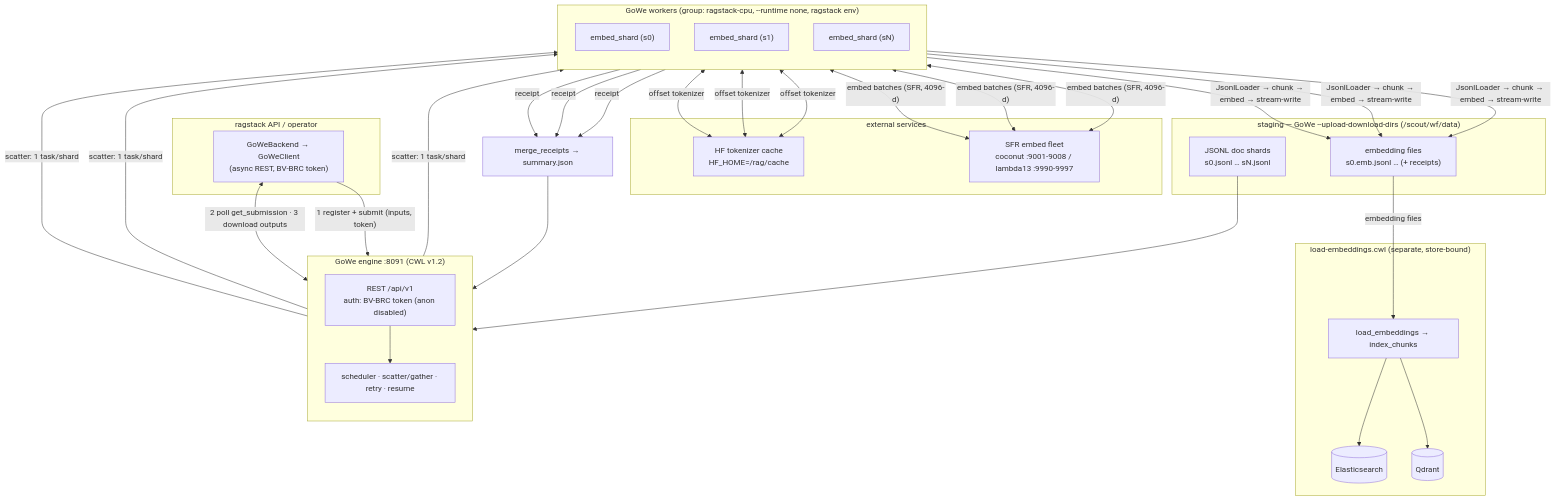
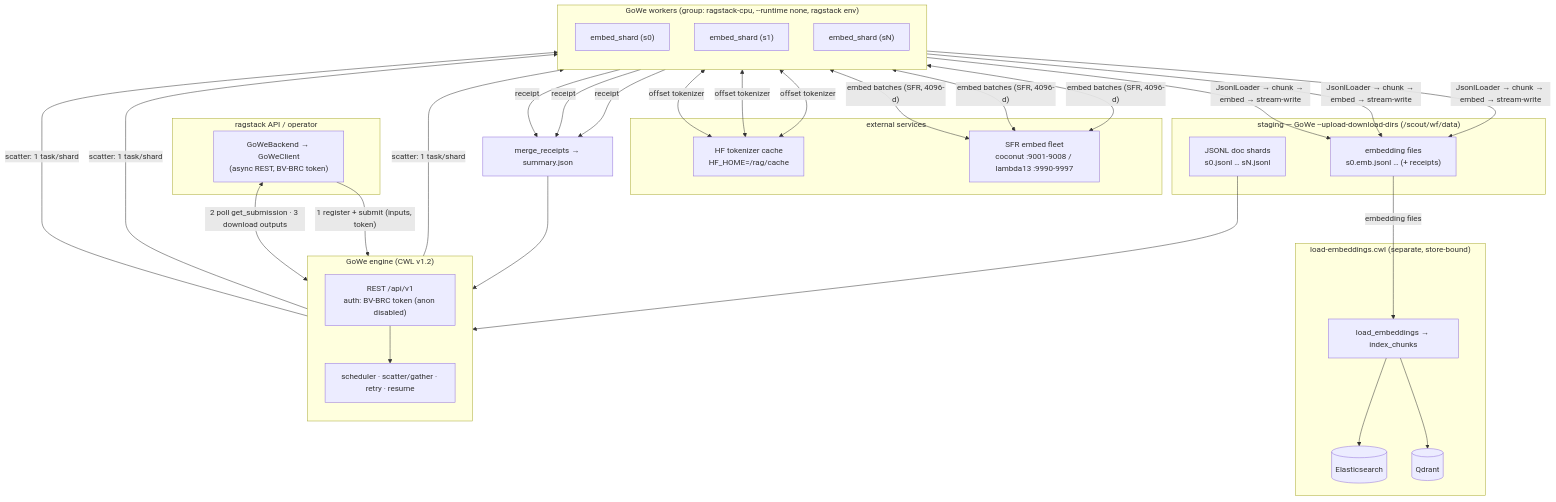
Before and after one commit to wilke/ragstack: the diagram in docs/diagrams/gowe-embedding-workflow.md, drawn with Mermaid. The commit also changed other lines of this file and 4 other files, not shown here.

````diff
--- a/docs/diagrams/gowe-embedding-workflow.md
+++ b/docs/diagrams/gowe-embedding-workflow.md
@@ -11,51 +11,51 @@
 ```mermaid
 flowchart TB
   subgraph client["ragstack API / operator"]
     GB["GoWeBackend → GoWeClient<br/>(async REST, BV-BRC token)"]
   end
 
-  subgraph engine["GoWe engine :8091 (CWL v1.2)"]
+  subgraph engine["GoWe engine (CWL v1.2)"]
     direction TB
     API["REST /api/v1<br/>auth: BV-BRC token (anon disabled)"]
     SCH["scheduler · scatter/gather · retry · resume"]
     API --> SCH
   end
 
   subgraph stage["staging — GoWe --upload-download-dirs (/scout/wf/data)"]
     SH["JSONL doc shards<br/>s0.jsonl … sN.jsonl"]
     EF["embedding files<br/>s0.emb.jsonl … (+ receipts)"]
   end
 
   subgraph workers["GoWe workers (group: ragstack-cpu, --runtime none, ragstack env)"]
     direction TB
     W0["embed_shard (s0)"]
     W1["embed_shard (s1)"]
     Wn["embed_shard (sN)"]
   end
 
   MR["merge_receipts → summary.json"]
 
   subgraph ext["external services"]
     SFR["SFR embed fleet<br/>coconut :9001-9008 / lambda13 :9990-9997"]
     HF["HF tokenizer cache<br/>HF_HOME=/rag/cache"]
   end
 
   subgraph load["load-embeddings.cwl (separate, store-bound)"]
     LD["load_embeddings → index_chunks"]
     QD[("Qdrant")]
     ES[("Elasticsearch")]
   end
 
   GB -->|"1 register + submit (inputs, token)"| API
   SH --> SCH
   SCH -->|scatter: 1 task/shard| W0 & W1 & Wn
   W0 & W1 & Wn -->|"JsonlLoader → chunk → embed → stream-write"| EF
   W0 & W1 & Wn <-->|"embed batches (SFR, 4096-d)"| SFR
   W0 & W1 & Wn <-->|"offset tokenizer"| HF
   W0 & W1 & Wn -->|receipt| MR
   MR --> engine
   GB <-->|"2 poll get_submission · 3 download outputs"| API
   EF -->|"embedding files"| LD
   LD --> QD
   LD --> ES
 ```
````
